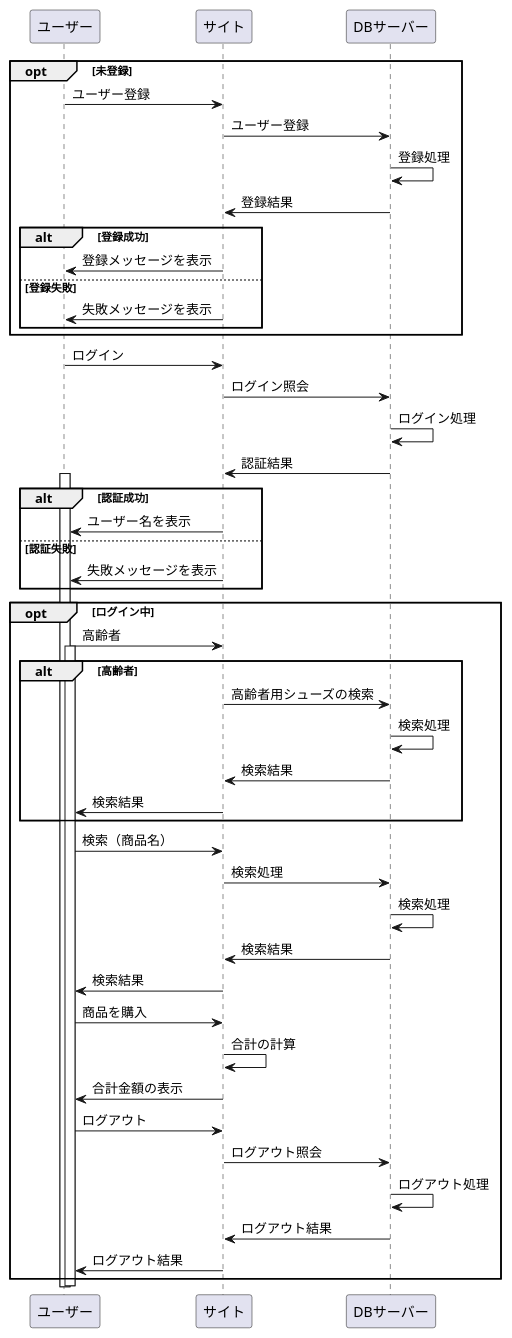
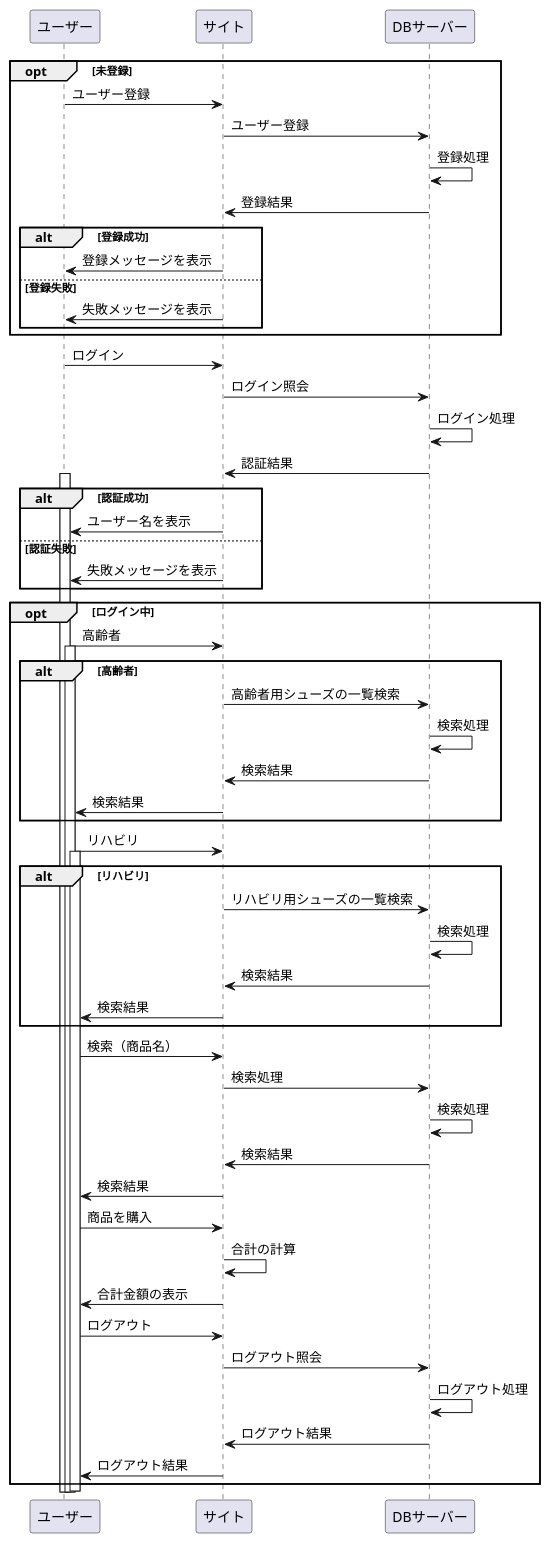
Before and after one commit to Aso2001140/2012sys-design: the diagram in Rehabilitation Shoes 9.md, drawn with PlantUML.

Commit message:
Update Rehabilitation Shoes 9.md

````diff
--- a/Rehabilitation Shoes 9.md
+++ b/Rehabilitation Shoes 9.md
@@ -1,62 +1,71 @@
 ```uml
 @startuml
 
 opt 未登録
 ユーザー -> サイト : ユーザー登録
 サイト -> DBサーバー : ユーザー登録
 DBサーバー -> DBサーバー : 登録処理
 DBサーバー -> サイト : 登録結果
 
 alt 登録成功
 サイト -> ユーザー : 登録メッセージを表示
 else 登録失敗
 サイト -> ユーザー : 失敗メッセージを表示
 
 end
 end
 
 ユーザー -> サイト : ログイン
 サイト -> DBサーバー : ログイン照会
 DBサーバー -> DBサーバー : ログイン処理
 DBサーバー -> サイト : 認証結果
 
 activate ユーザー
 alt 認証成功
 サイト -> ユーザー : ユーザー名を表示
 else 認証失敗
 サイト -> ユーザー : 失敗メッセージを表示
 end
 
 opt ログイン中
 
 ユーザー -> サイト : 高齢者
 activate ユーザー
 alt 高齢者
-サイト -> DBサーバー : 高齢者用シューズの検索
+サイト -> DBサーバー : 高齢者用シューズの一覧検索
+DBサーバー -> DBサーバー : 検索処理
+DBサーバー -> サイト : 検索結果
+サイト -> ユーザー : 検索結果
+end
+
+ユーザー -> サイト : リハビリ
+activate ユーザー
+alt リハビリ
+サイト -> DBサーバー : リハビリ用シューズの一覧検索
 DBサーバー -> DBサーバー : 検索処理
 DBサーバー -> サイト : 検索結果
 サイト -> ユーザー : 検索結果
 end
 
 ユーザー -> サイト : 検索（商品名）
 サイト -> DBサーバー : 検索処理
 DBサーバー -> DBサーバー : 検索処理
 DBサーバー -> サイト : 検索結果
 サイト -> ユーザー : 検索結果
 
 ユーザー -> サイト : 商品を購入
 サイト -> サイト : 合計の計算
 サイト -> ユーザー : 合計金額の表示
 
 ユーザー -> サイト : ログアウト
 サイト -> DBサーバー : ログアウト照会
 DBサーバー -> DBサーバー : ログアウト処理
 DBサーバー -> サイト : ログアウト結果
 サイト -> ユーザー : ログアウト結果
 end
 
 deactivate ユーザー
 
 
 @enduml
 ```
````
